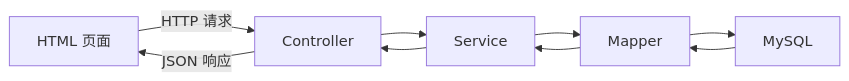
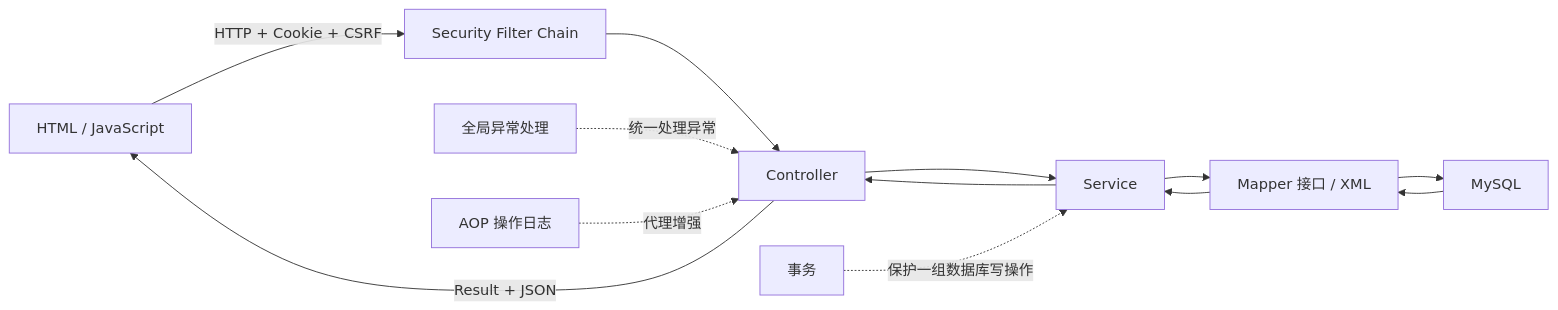
The second of 2 diagrams in Create/SpringBoot/0、SpringBoot笔记目录与学习路线.md (tanhon/Note), drawn with Mermaid before and after one commit. The commit also changed other lines of this file and 19 other files, not shown here.

````diff
--- a/Create/SpringBoot/0、SpringBoot笔记目录与学习路线.md
+++ b/Create/SpringBoot/0、SpringBoot笔记目录与学习路线.md
@@ -45,11 +137,13 @@
 ```mermaid
 flowchart LR
-    A["HTML 页面"] -->|"HTTP 请求"| B["Controller"]
-    B --> C["Service"]
-    C --> D["Mapper"]
-    D --> E["MySQL"]
-    E --> D
-    D --> C
-    C --> B
-    B -->|"JSON 响应"| A
+    A["HTML / JavaScript"] -->|"HTTP + Cookie + CSRF"| B["Security Filter Chain"]
+    B --> C["Controller"]
+    C --> D["Service"]
+    D --> E["Mapper 接口 / XML"]
+    E --> F["MySQL"]
+    F --> E --> D --> C
+    C -->|"Result + JSON"| A
+    G["全局异常处理"] -.统一处理异常.-> C
+    H["AOP 操作日志"] -.代理增强.-> C
+    I["事务"] -.保护一组数据库写操作.-> D
 ```
````
